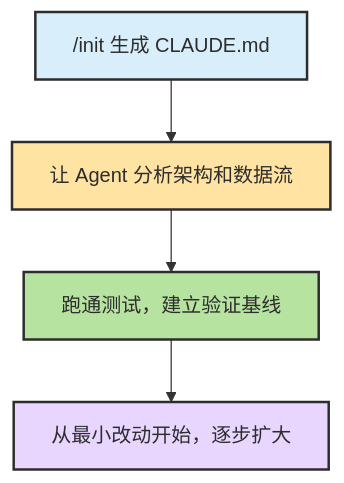
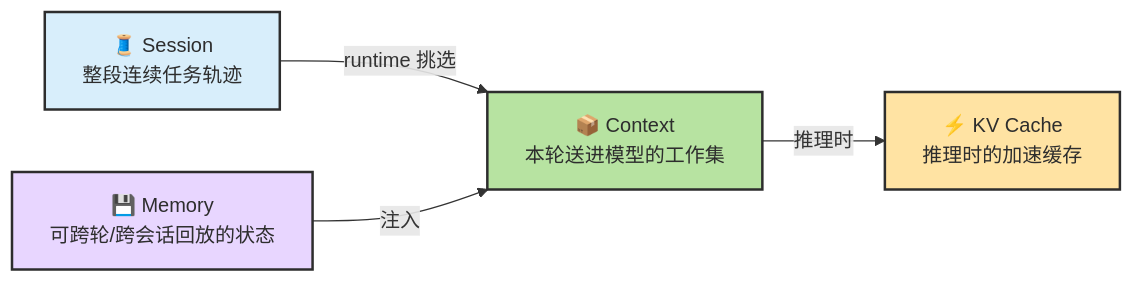
Before and after one commit to zht043/AgenticCodingTutorial: the second of 10 diagrams in docs/chapters/ch11-memory-context-harness.md, drawn with Mermaid. The commit also changed other lines of this file and 23 other files, not shown here.

````diff
--- a/docs/chapters/ch11-memory-context-harness.md
+++ b/docs/chapters/ch11-memory-context-harness.md
@@ -384,14 +81,16 @@
 ```mermaid
-flowchart TB
-    classDef init fill:#d8eefb,stroke:#2d2d2d,stroke-width:2px,color:#2d2d2d
-    classDef explore fill:#ffe3a3,stroke:#2d2d2d,stroke-width:2px,color:#2d2d2d
-    classDef verify fill:#b7e3a1,stroke:#2d2d2d,stroke-width:2px,color:#2d2d2d
-    classDef work fill:#e8d6ff,stroke:#2d2d2d,stroke-width:2px,color:#2d2d2d
+flowchart LR
+    classDef session fill:#d8eefb,stroke:#2d2d2d,stroke-width:2px,color:#2d2d2d
+    classDef context fill:#b7e3a1,stroke:#2d2d2d,stroke-width:2px,color:#2d2d2d
+    classDef memory fill:#e8d6ff,stroke:#2d2d2d,stroke-width:2px,color:#2d2d2d
+    classDef kv fill:#ffe3a3,stroke:#2d2d2d,stroke-width:2px,color:#2d2d2d
 
-    I["/init 生成 CLAUDE.md"]:::init
-    E["让 Agent 分析架构和数据流"]:::explore
-    V["跑通测试，建立验证基线"]:::verify
-    W["从最小改动开始，逐步扩大"]:::work
+    SE["🧵 Session<br/>整段连续任务轨迹"]:::session
+    CO["📦 Context<br/>本轮送进模型的工作集"]:::context
+    ME["💾 Memory<br/>可跨轮/跨会话回放的状态"]:::memory
+    KV["⚡ KV Cache<br/>推理时的加速缓存"]:::kv
 
-    I --> E --> V --> W
+    SE -->|"runtime 挑选"| CO
+    ME -->|"注入"| CO
+    CO -->|"推理时"| KV
 ```
````
